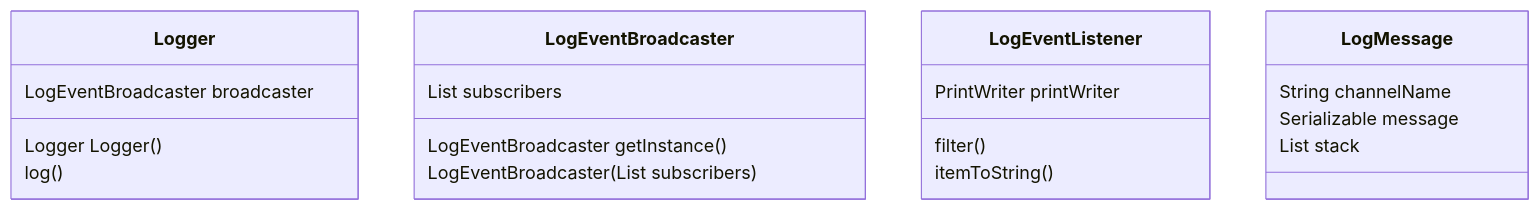
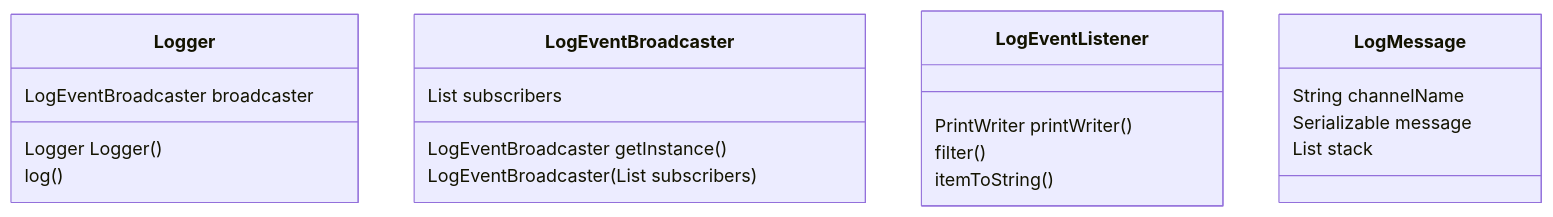
One commit to alfu32/klog changed the second of 2 diagrams in README.md. Above: the diagram before and after it, drawn with Mermaid. The commit also changed other lines of this file and 8 other files, not shown here.

Commit message:
feat(print writer): factory function

````diff
--- a/README.md
+++ b/README.md
@@ -24,27 +24,27 @@
 ```mermaid
   classDiagram
   class Logger{
     LogEventBroadcaster broadcaster
     Logger Logger()
     log()
   }
 
   class LogEventBroadcaster{
     LogEventBroadcaster getInstance()
     LogEventBroadcaster(List<LogEventListener> subscribers)
     List<LogEventListener> subscribers
   }
 
   class LogEventListener{
-    PrintWriter printWriter
+    PrintWriter printWriter()
     filter()
     itemToString()
   }
   class LogMessage{
     <StackTraceElement>
     String channelName
     Serializable message
     List<StackTraceElement> stack
   }
 
 ```
````
